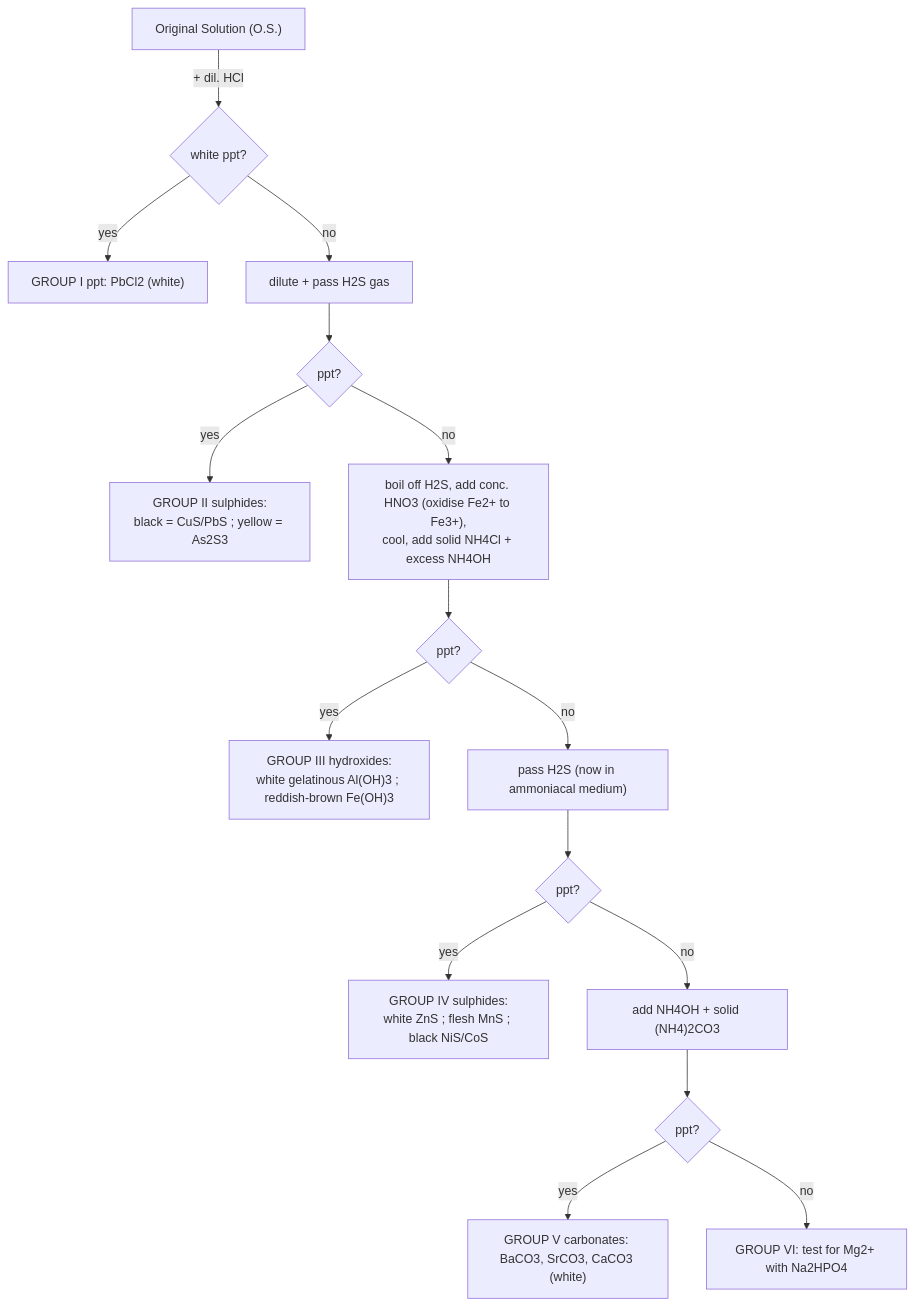
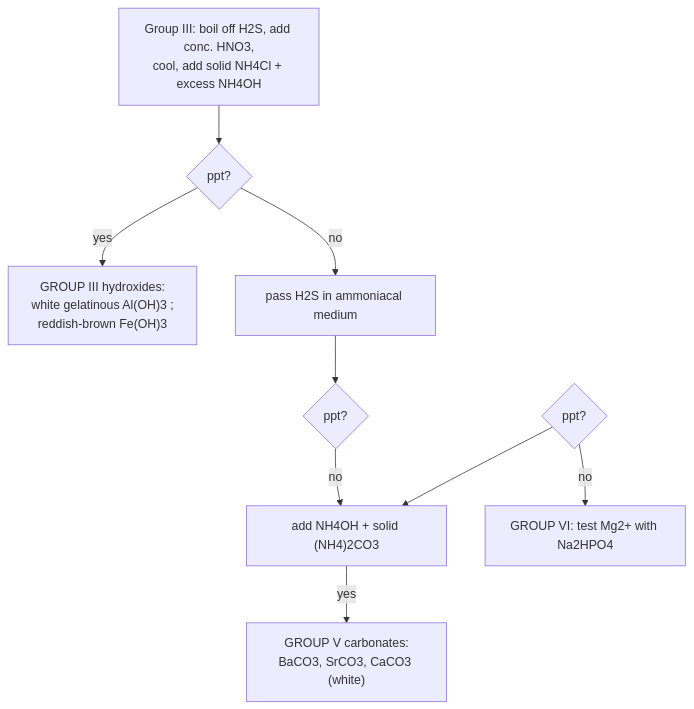
One commit to SurajGupta2009/Chem_JEEAd_notes changed the fourth of 4 diagrams in Practical-Chemistry/Salt-Analysis/notes.md. Above: the diagram before and after it, drawn with Mermaid. The commit also changed other lines of this file and 60 other files, not shown here.

````diff
--- a/Practical-Chemistry/Salt-Analysis/notes.md
+++ b/Practical-Chemistry/Salt-Analysis/notes.md
@@ -468,18 +490,10 @@
 ```mermaid
 flowchart TD
-    OS["Original Solution (O.S.)"] -->|"+ dil. HCl"| G1{"white ppt?"}
-    G1 -->|yes| G1P["GROUP I ppt: PbCl2 (white)"]
-    G1 -->|no| G2["dilute + pass H2S gas"]
-    G2 --> G2Q{"ppt?"}
-    G2Q -->|yes| G2P["GROUP II sulphides:<br>black = CuS/PbS ; yellow = As2S3"]
-    G2Q -->|no| G3["boil off H2S, add conc. HNO3 (oxidise Fe2+ to Fe3+),<br>cool, add solid NH4Cl + excess NH4OH"]
-    G3 --> G3Q{"ppt?"}
-    G3Q -->|yes| G3P["GROUP III hydroxides:<br>white gelatinous Al(OH)3 ; reddish-brown Fe(OH)3"]
-    G3Q -->|no| G4["pass H2S (now in ammoniacal medium)"]
+    G3["Group III: boil off H2S, add conc. HNO3,<br>cool, add solid NH4Cl + excess NH4OH"] --> G3Q{"ppt?"}
+    G3Q -->|"yes"| G3P["GROUP III hydroxides:<br>white gelatinous Al(OH)3 ;<br>reddish-brown Fe(OH)3"]
+    G3Q -->|"no"| G4["pass H2S in ammoniacal medium"]
     G4 --> G4Q{"ppt?"}
-    G4Q -->|yes| G4P["GROUP IV sulphides:<br>white ZnS ; flesh MnS ; black NiS/CoS"]
-    G4Q -->|no| G5["add NH4OH + solid (NH4)2CO3"]
-    G5 --> G5Q{"ppt?"}
-    G5Q -->|yes| G5P["GROUP V carbonates: BaCO3, SrCO3, CaCO3 (white)"]
-    G5Q -->|no| G6["GROUP VI: test for Mg2+ with Na2HPO4"]
+    G4Q -->|"no"| G5["add NH4OH + solid (NH4)2CO3"]
+    G5Q{"ppt?"} --> G5 -->|"yes"| G5P["GROUP V carbonates:<br>BaCO3, SrCO3, CaCO3 (white)"]
+    G5Q -->|"no"| G6["GROUP VI: test Mg2+ with Na2HPO4"]
 ```
````
